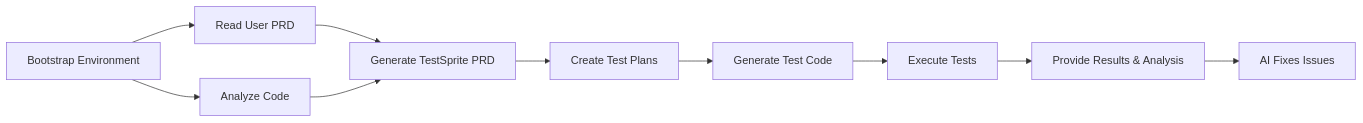
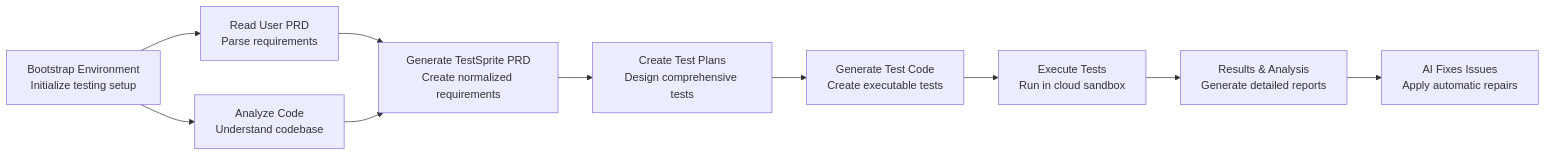
Before and after one commit to wangy44624/docs: the diagram in mcp/workflow.mdx, drawn with Mermaid. The commit also changed other lines of this file and 16 other files, not shown here.

````diff
--- a/mcp/workflow.mdx
+++ b/mcp/workflow.mdx
@@ -11,12 +12,14 @@
 ```mermaid
-graph LR
-    A[Bootstrap Environment] --> B[Read User PRD]
-    A --> C[Analyze Code]
-    B --> D[Generate TestSprite PRD]
+flowchart LR
+    A[" Bootstrap Environment<br/>Initialize testing setup"] --> B["Read User PRD<br/>Parse requirements"]
+    A --> C["Analyze Code<br/>Understand codebase"]
+    
+    B --> D["Generate TestSprite PRD<br/>Create normalized requirements"]
     C --> D
-    D --> E[Create Test Plans]
-    E --> F[Generate Test Code]
-    F --> G[Execute Tests]
-    G --> H[Provide Results & Analysis]
-    H --> I[AI Fixes Issues]
+    
+    D --> E["Create Test Plans<br/>Design comprehensive tests"]
+    E --> F["Generate Test Code<br/>Create executable tests"]
+    F --> G["Execute Tests<br/>Run in cloud sandbox"]
+    G --> H["Results & Analysis<br/>Generate detailed reports"]
+    H --> I["AI Fixes Issues<br/>Apply automatic repairs"]
 ```
````
